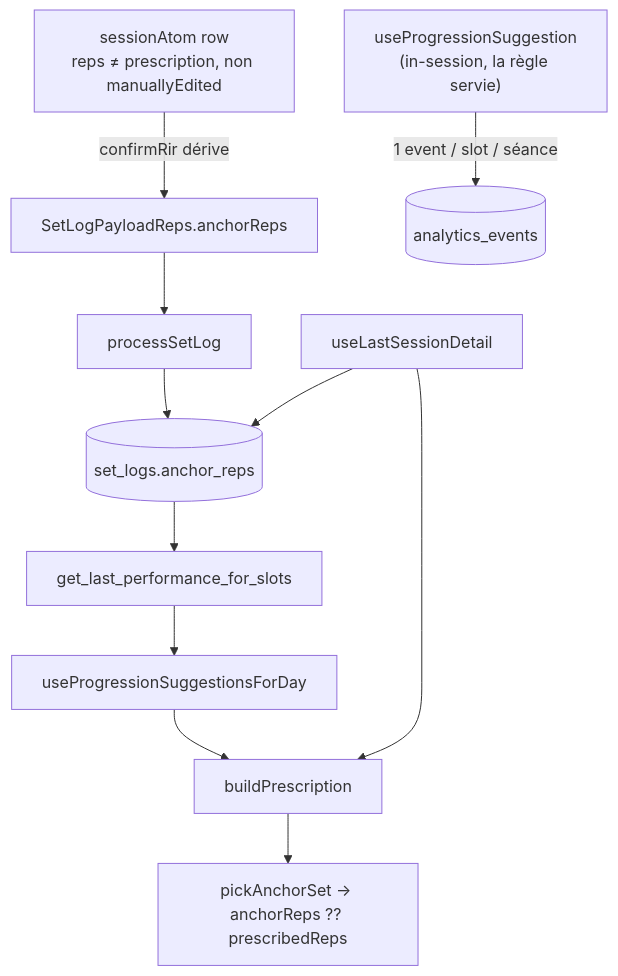
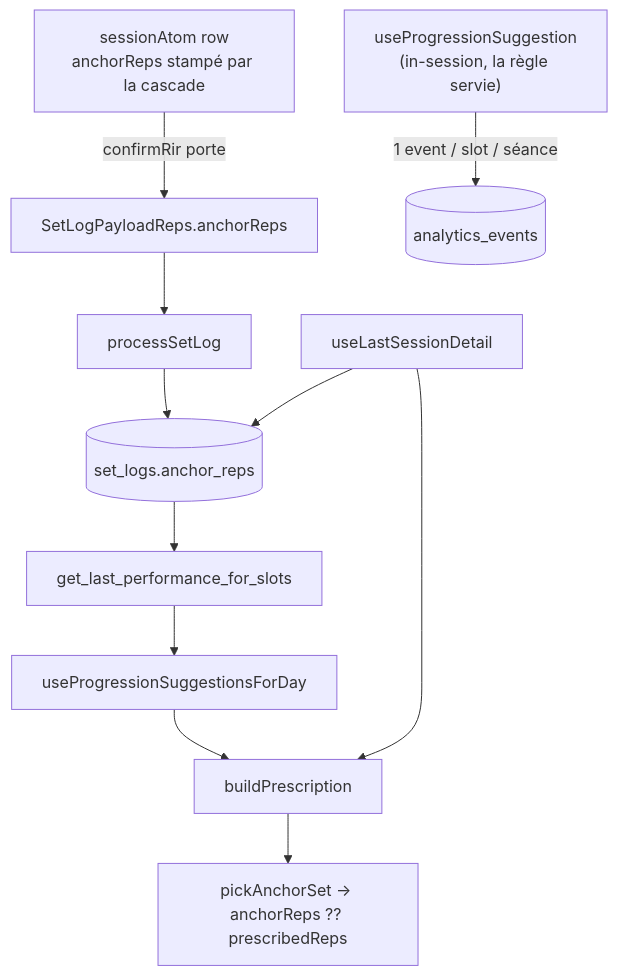
Before and after one commit to PierreTsia/workout-app: the second of 2 diagrams in docs/Tech_Plan_—_Fermeture_de_la_boucle_de_progression_#705.md, drawn with Mermaid. The commit also changed other lines of this file and 2 other files, not shown here.

First line of the commit message:
docs(#705): ADR 0032 + Tech Plan + T705 resynchronisés sur le stamp par la cascade

````diff
--- a/docs/Tech_Plan_—_Fermeture_de_la_boucle_de_progression_#705.md
+++ b/docs/Tech_Plan_—_Fermeture_de_la_boucle_de_progression_#705.md
@@ -102,12 +103,12 @@
 ```mermaid
 graph TD
-  Row["sessionAtom row<br/>reps ≠ prescription, non manuallyEdited"] -->|confirmRir dérive| Payload["SetLogPayloadReps.anchorReps"]
+  Row["sessionAtom row<br/>anchorReps stampé par la cascade"] -->|confirmRir porte| Payload["SetLogPayloadReps.anchorReps"]
   Payload --> PSL["processSetLog"] --> DB[("set_logs.anchor_reps")]
   DB --> RPC["get_last_performance_for_slots"]
   RPC --> HDay["useProgressionSuggestionsForDay"]
   HDetail["useLastSessionDetail"] --> DB
   HDay --> BP["buildPrescription"]
   HDetail --> BP
   BP --> Read["pickAnchorSet → anchorReps ?? prescribedReps"]
   HSug["useProgressionSuggestion<br/>(in-session, la règle servie)"] -->|1 event / slot / séance| AE[("analytics_events")]
 ```
````
